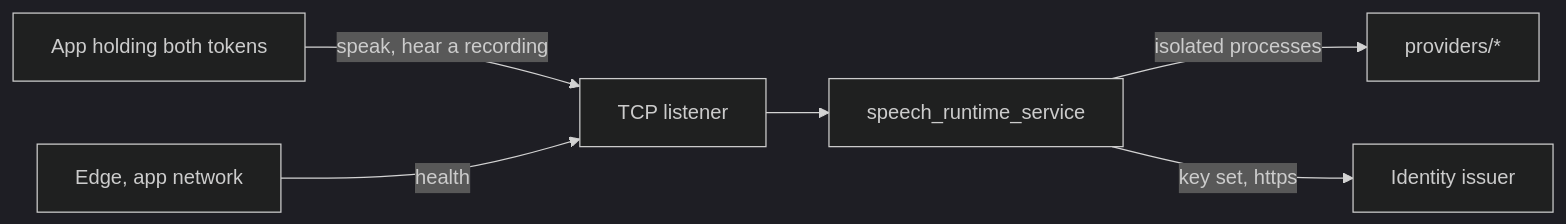
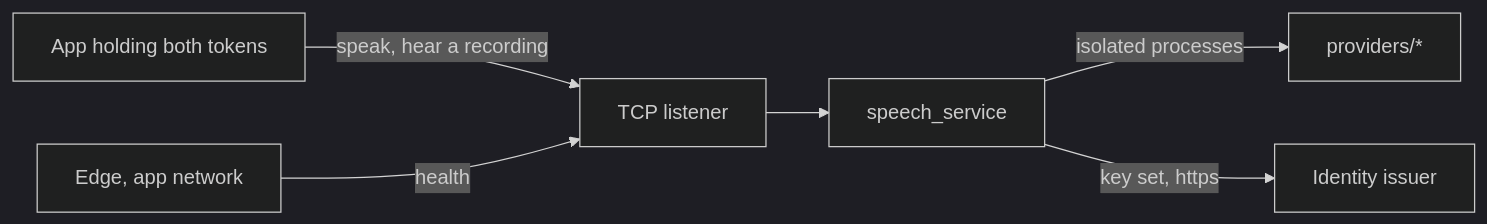
Before and after one commit to overnightworks/speech: the diagram in docs/ARCHITECTURE.md, drawn with Mermaid (dark theme). The commit also changed other lines of this file and 130 other files, not shown here.

````diff
--- a/docs/ARCHITECTURE.md
+++ b/docs/ARCHITECTURE.md
@@ -16,8 +16,8 @@
 ```mermaid
 flowchart LR
     app[App holding both tokens] -->|speak, hear a recording| listener[TCP listener]
     edge[Edge, app network] -->|health| listener
-    listener --> service[speech_runtime_service]
+    listener --> service[speech_service]
     service -->|isolated processes| providers[providers/*]
     service -->|key set, https| issuer[Identity issuer]
 ```
````
